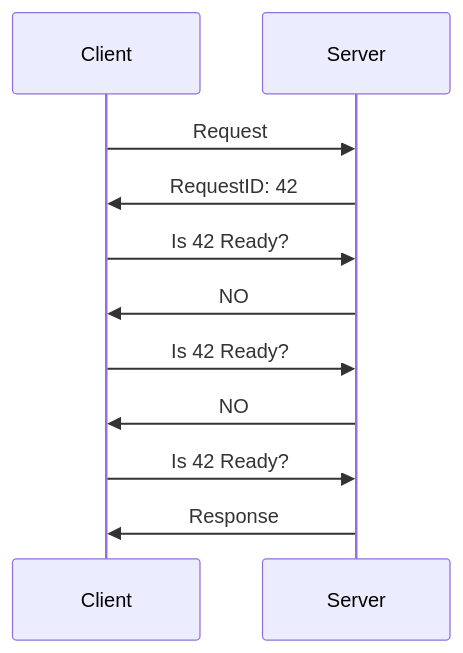
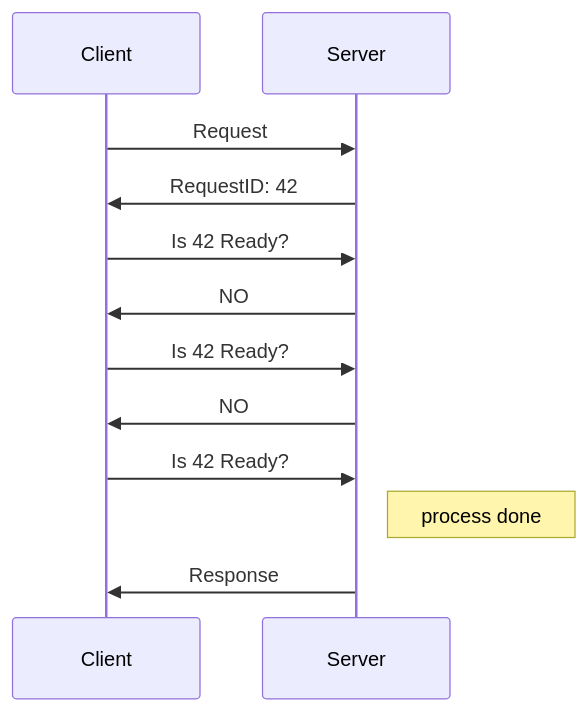
Before and after one commit to yhames/backend-study: the diagram in Section02_04_Polling.md, drawn with Mermaid. The commit also changed 9 other files, not shown here.

````diff
--- a/Section02_04_Polling.md
+++ b/Section02_04_Polling.md
@@ -15,15 +15,16 @@
 ```mermaid
 sequenceDiagram
   participant Client
   participant Server
   Client->>Server: Request
   Server->>Client: RequestID: 42
 
   Client->>Server: Is 42 Ready?
   Server->>Client: NO
   Client->>Server: Is 42 Ready?
   Server->>Client: NO
 
   Client->>Server: Is 42 Ready?
+  Note right of Server: process done
   Server->>Client: Response
 ```
````
